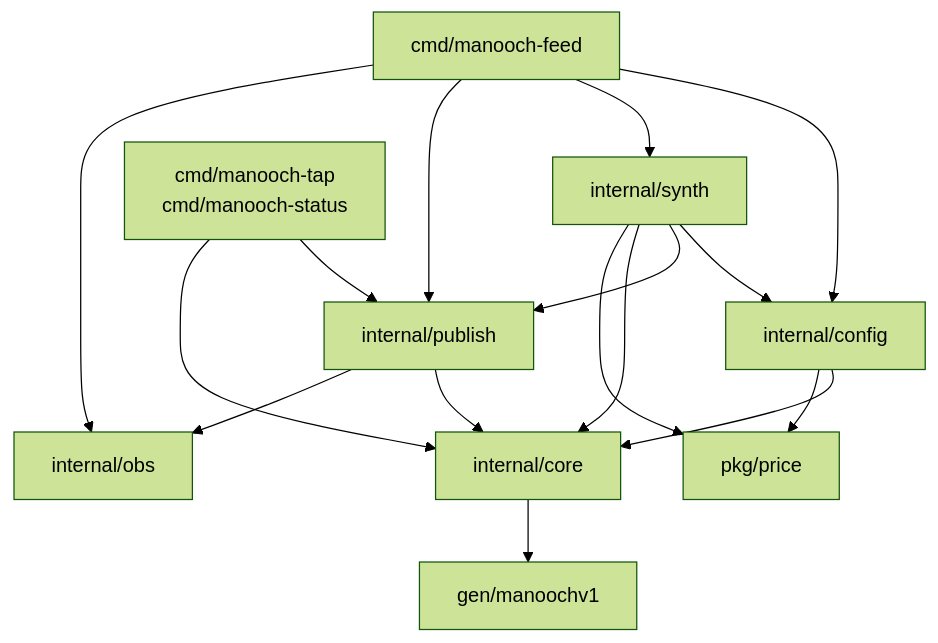
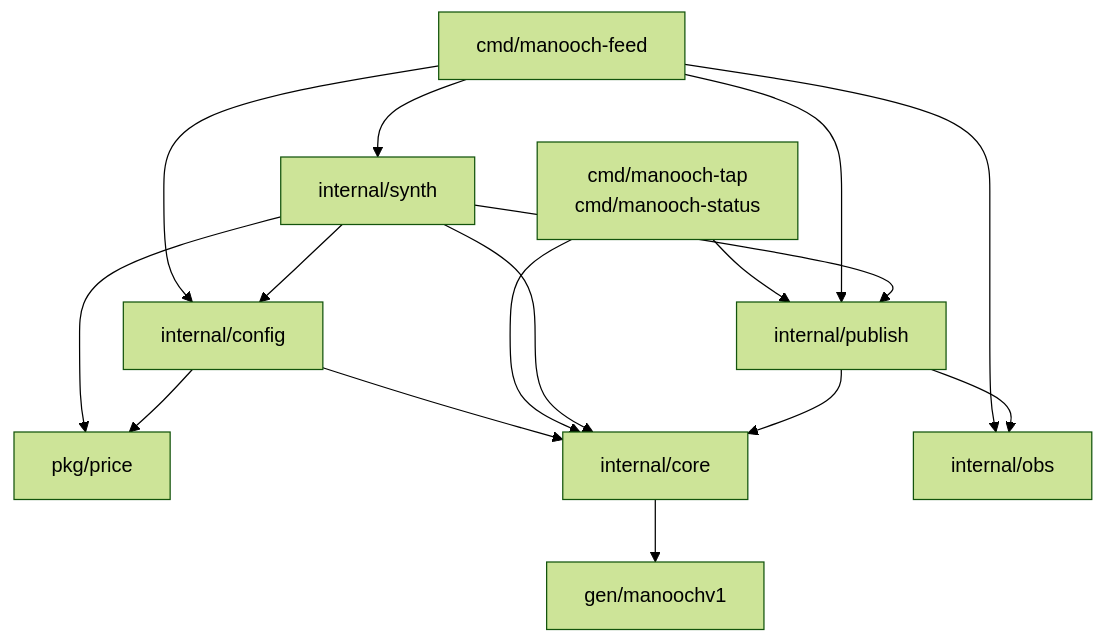
Before and after one commit to mrfatolahi1/Manooch: the first of 2 diagrams in docs/architecture.md, drawn with Mermaid (forest theme).

Commit message:
docs: quote mermaid node labels

````diff
--- a/docs/architecture.md
+++ b/docs/architecture.md
@@ -27,18 +27,18 @@
 ```mermaid
 graph TD
-  feed[cmd/manooch-feed] --> config[internal/config]
-  feed --> synth[internal/synth]
-  feed --> publish[internal/publish]
-  feed --> obs[internal/obs]
-  cli[cmd/manooch-tap<br/>cmd/manooch-status] --> publish
-  cli --> core[internal/core]
+  feed["cmd/manooch-feed"] --> config["internal/config"]
+  cli["cmd/manooch-tap<br/>cmd/manooch-status"] --> publish["internal/publish"]
+  synth["internal/synth"] --> price["pkg/price"]
+  config --> core["internal/core"]
+  core --> gen["gen/manoochv1"]
+  feed --> synth
+  feed --> publish
+  feed --> obs["internal/obs"]
+  cli --> core
   synth --> config
   synth --> publish
   synth --> core
-  synth --> price
-  config --> core
-  config --> price[pkg/price]
+  config --> price
   publish --> core
   publish --> obs
-  core --> gen[gen/manoochv1]
 ```
````
